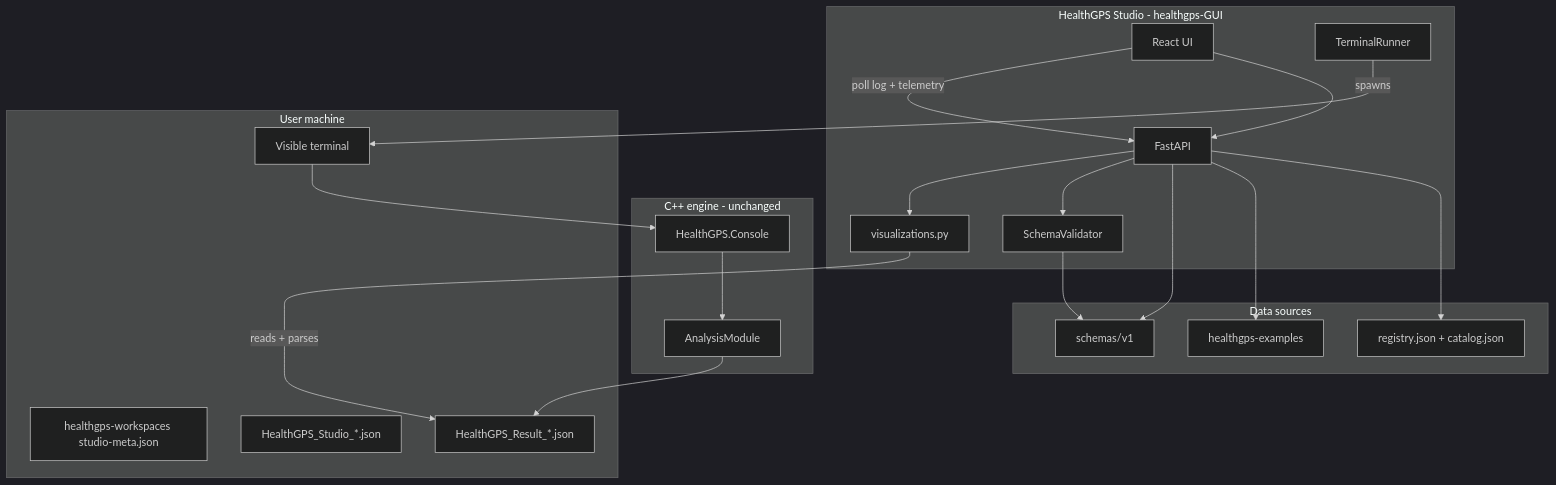
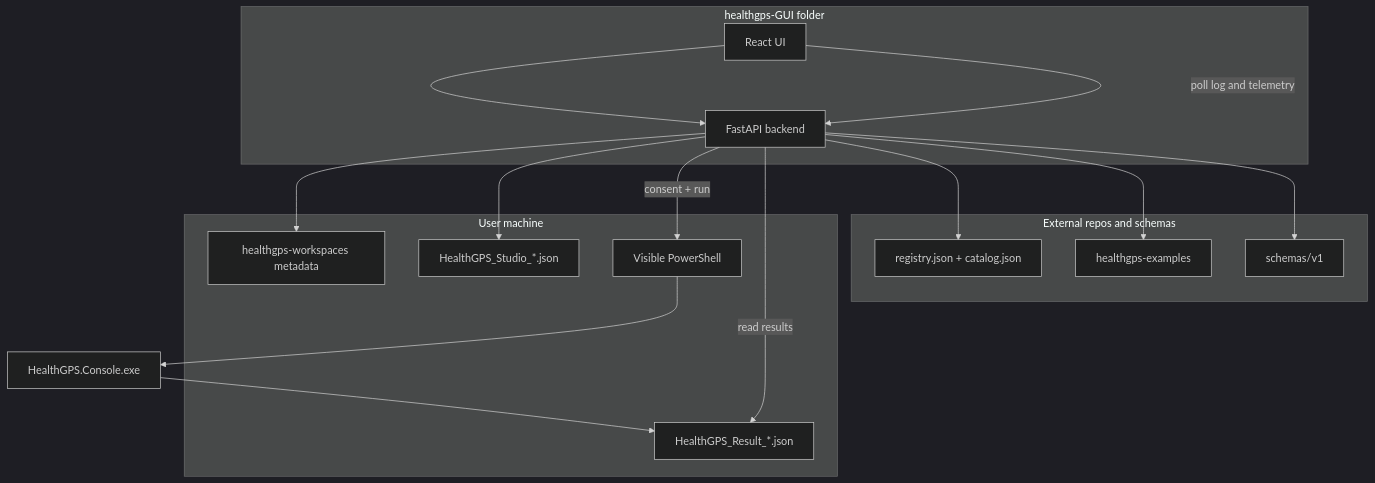
One commit to imperialCHEPI/healthgps changed the second of 10 diagrams in documentation/technical/plans/HealthGPS_studio-GUI.md. Above: the diagram before and after it, drawn with Mermaid (dark theme). The commit also changed other lines of this file and 1 other file, not shown here.

````diff
--- a/documentation/technical/plans/HealthGPS_studio-GUI.md
+++ b/documentation/technical/plans/HealthGPS_studio-GUI.md
@@ -44,38 +107,32 @@
 ```mermaid
 flowchart TB
-    subgraph studio [HealthGPS Studio - healthgps-GUI]
-        UI[React UI]
-        API[FastAPI]
-        VAL[SchemaValidator]
-        VIZ[visualizations.py]
-        TR[TerminalRunner]
+    subgraph studio [healthgps-GUI folder]
+        ReactUI[React UI]
+        FastAPI[FastAPI backend]
+        ReactUI --> FastAPI
     end
-    subgraph external [Data sources]
-        REG[registry.json + catalog.json]
-        EX[healthgps-examples]
-        SCH[schemas/v1]
+
+    subgraph external [External repos and schemas]
+        Registry[registry.json + catalog.json]
+        ExamplesRoot[healthgps-examples]
+        SchemaDir[schemas/v1]
     end
-    subgraph engine [C++ engine - unchanged]
-        CON[HealthGPS.Console]
-        AM[AnalysisModule]
+
+    subgraph userMachine [User machine]
+        Workspaces[healthgps-workspaces metadata]
+        StudioConfig[HealthGPS_Studio_*.json]
+        Terminal[Visible PowerShell]
+        ResultFile[HealthGPS_Result_*.json]
     end
-    subgraph user [User machine]
-        WS_META[healthgps-workspaces studio-meta.json]
-        STUDIO_CFG[HealthGPS_Studio_*.json]
-        TERM[Visible terminal]
-        RESULTS[HealthGPS_Result_*.json]
-    end
-    UI --> API
-    API --> REG
-    API --> EX
-    API --> SCH
-    VAL --> SCH
-    API --> VAL
-    TR -->|"spawns"| TERM
-    TERM --> CON
-    CON --> AM
-    AM --> RESULTS
-    VIZ -->|"reads + parses"| RESULTS
-    API --> VIZ
-    UI -->|"poll log + telemetry"| API
+
+    FastAPI --> Registry
+    FastAPI --> ExamplesRoot
+    FastAPI --> SchemaDir
+    FastAPI --> Workspaces
+    FastAPI --> StudioConfig
+    FastAPI -->|"consent + run"| Terminal
+    Terminal --> ConsoleExe[HealthGPS.Console.exe]
+    ConsoleExe --> ResultFile
+    FastAPI -->|"read results"| ResultFile
+    ReactUI -->|"poll log and telemetry"| FastAPI
 ```
````
